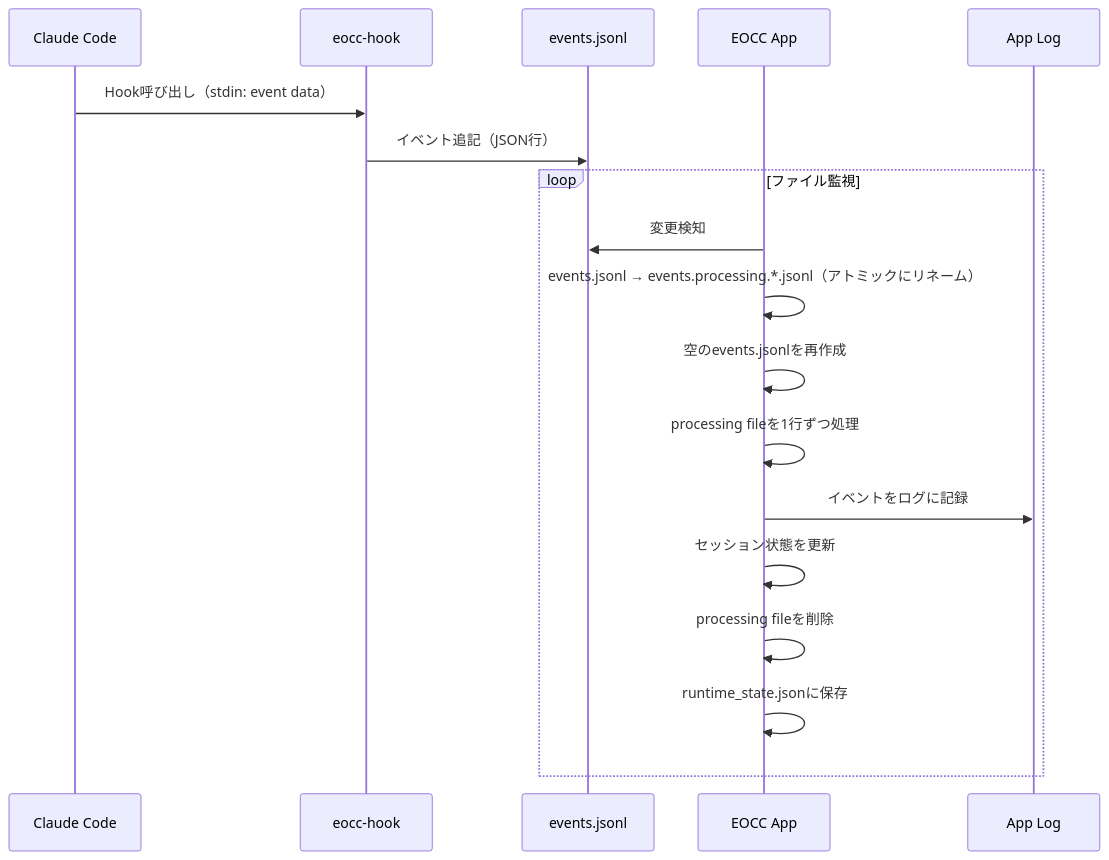
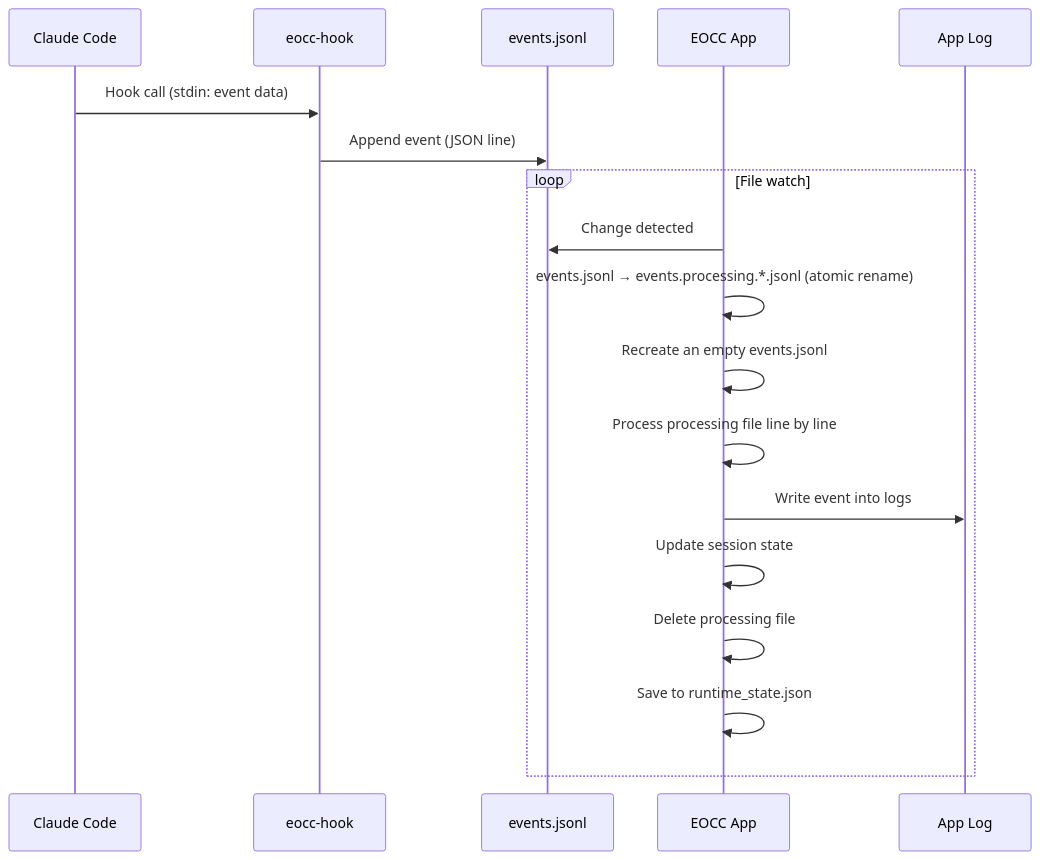
Before and after one commit to kexi/eyes-on-claude-code: the diagram in README.md, drawn with Mermaid. The commit also changed other lines of this file and 1 other file, not shown here.

````diff
--- a/README.md
+++ b/README.md
@@ -165,22 +167,22 @@
 ```mermaid
 sequenceDiagram
     participant CC as Claude Code
     participant Hook as eocc-hook
     participant Queue as events.jsonl
     participant App as EOCC App
     participant Log as App Log
 
-    CC->>Hook: Hook呼び出し（stdin: event data）
-    Hook->>Queue: イベント追記（JSON行）
+    CC->>Hook: Hook call (stdin: event data)
+    Hook->>Queue: Append event (JSON line)
 
-    loop ファイル監視
-        App->>Queue: 変更検知
-        App->>App: events.jsonl → events.processing.*.jsonl（アトミックにリネーム）
-        App->>App: 空のevents.jsonlを再作成
-        App->>App: processing fileを1行ずつ処理
-        App->>Log: イベントをログに記録
-        App->>App: セッション状態を更新
-        App->>App: processing fileを削除
-        App->>App: runtime_state.jsonに保存
+    loop File watch
+        App->>Queue: Change detected
+        App->>App: events.jsonl → events.processing.*.jsonl (atomic rename)
+        App->>App: Recreate an empty events.jsonl
+        App->>App: Process processing file line by line
+        App->>Log: Write event into logs
+        App->>App: Update session state
+        App->>App: Delete processing file
+        App->>App: Save to runtime_state.json
     end
 ```
````
